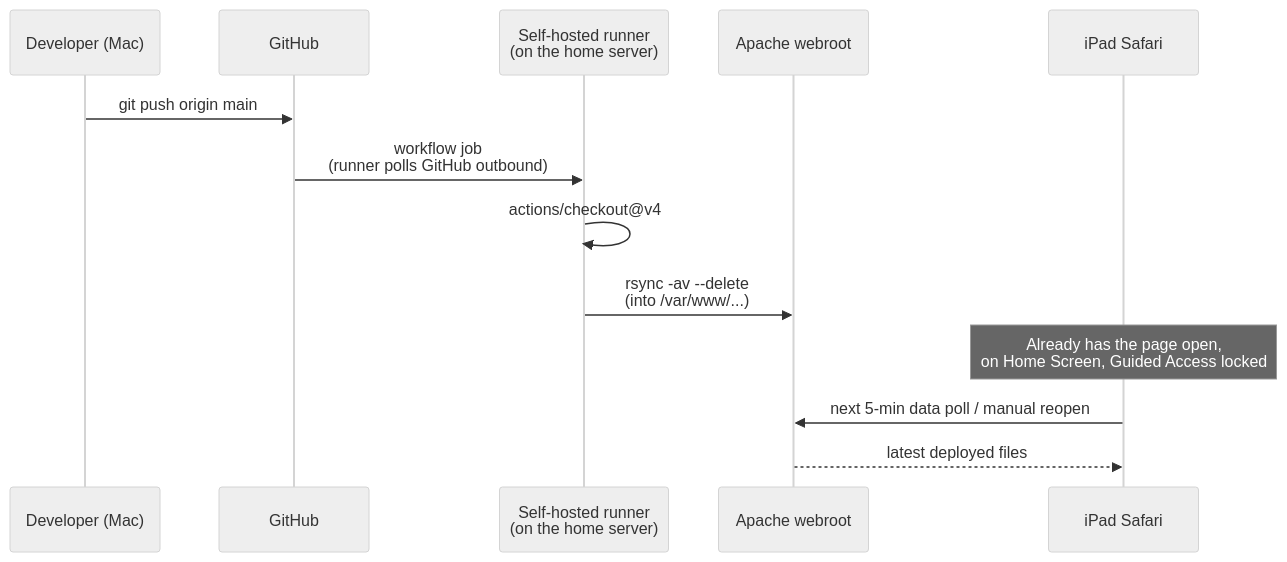
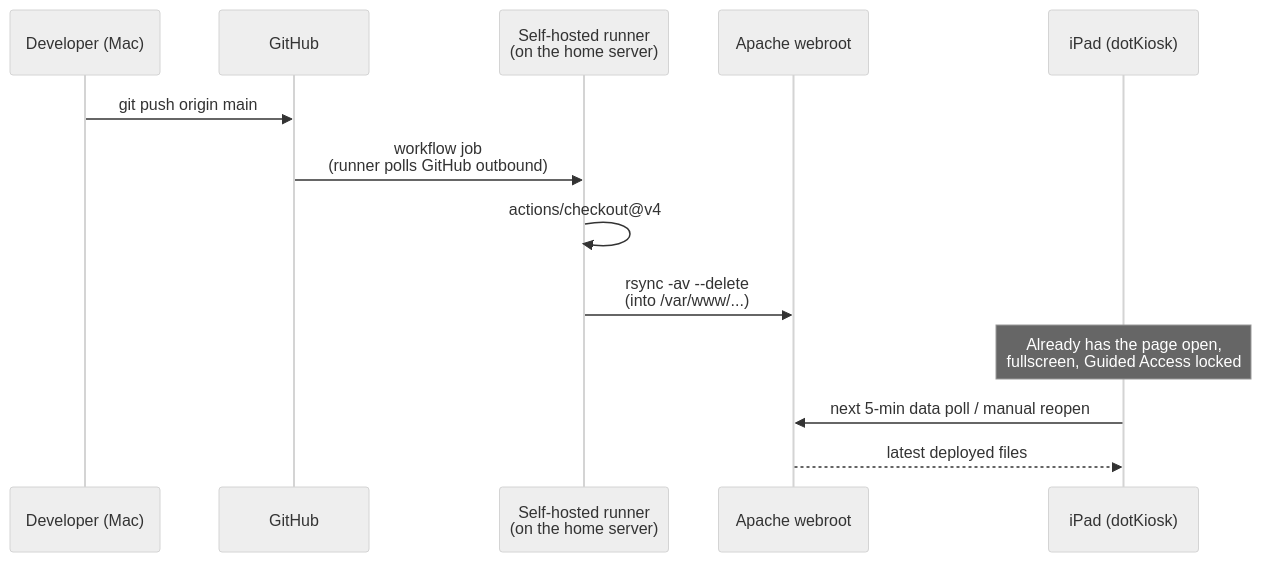
The second of 2 diagrams in ARCHITECTURE.md (amarmohammed398/home-dashboard-hub), drawn with Mermaid (neutral theme) before and after one commit. The commit also changed other lines of this file and 2 other files, not shown here.

First line of the commit message:
Switch iPad setup to dotKiosk to hide the iOS status bar

````diff
--- a/ARCHITECTURE.md
+++ b/ARCHITECTURE.md
@@ -90,16 +90,16 @@
 ```mermaid
 sequenceDiagram
     participant Dev as Developer (Mac)
     participant GH as GitHub
     participant Runner as Self-hosted runner<br/>(on the home server)
     participant Web as Apache webroot
-    participant Tab as iPad Safari
+    participant Tab as iPad (dotKiosk)
 
     Dev->>GH: git push origin main
     GH->>Runner: workflow job<br/>(runner polls GitHub outbound)
     Runner->>Runner: actions/checkout@v4
     Runner->>Web: rsync -av --delete<br/>(into /var/www/...)
-    Note over Tab: Already has the page open,<br/>on Home Screen, Guided Access locked
+    Note over Tab: Already has the page open,<br/>fullscreen, Guided Access locked
     Tab->>Web: next 5-min data poll / manual reopen
     Web-->>Tab: latest deployed files
 ```
````
